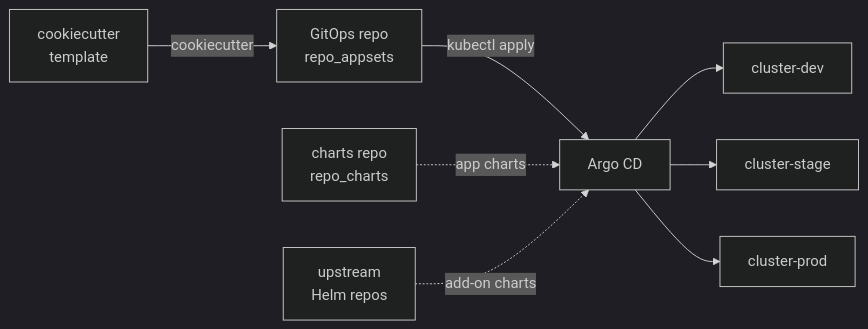
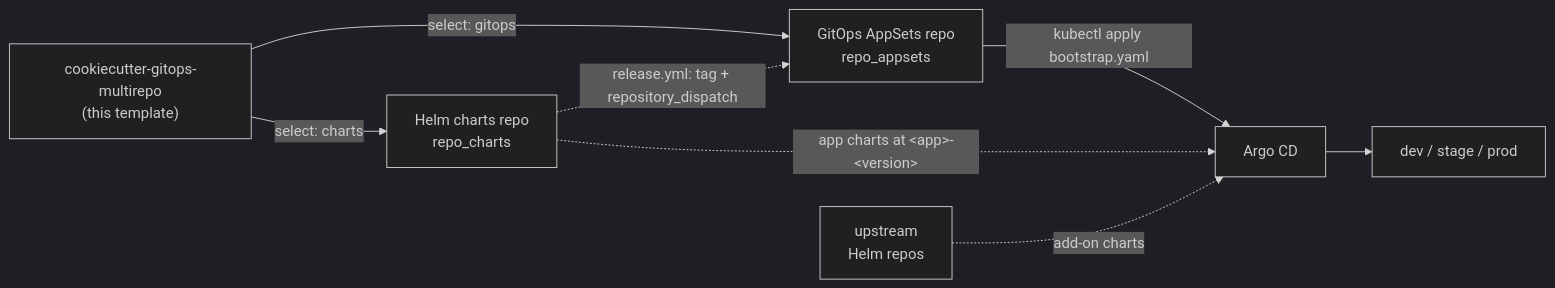
The diagram in README.md (kriipke/coookiecutter-gitops-configs), drawn with Mermaid (dark theme) before and after one commit. The commit also changed other lines of this file and 70 other files, not shown here.

First line of the commit message:
feat: restructure into multi-level cookiecutter with gitops + charts children

````diff
--- a/README.md
+++ b/README.md
@@ -11,19 +12,17 @@
 ```mermaid
 flowchart LR
-  cc["cookiecutter<br/>template"]
-  appsets["GitOps repo<br/>repo_appsets"]
-  charts["charts repo<br/>repo_charts"]
+  cc["cookiecutter-gitops-multirepo<br/>(this template)"]
+  appsets["GitOps AppSets repo<br/>repo_appsets"]
+  charts["Helm charts repo<br/>repo_charts"]
   upstream["upstream<br/>Helm repos"]
   argo["Argo CD"]
-  dev["cluster-dev"]
-  stage["cluster-stage"]
-  prod["cluster-prod"]
+  clusters["dev / stage / prod"]
 
-  cc -->|"cookiecutter"| appsets
-  appsets -->|"kubectl apply"| argo
-  charts -.->|"app charts"| argo
+  cc -->|"select: gitops"| appsets
+  cc -->|"select: charts"| charts
+  appsets -->|"kubectl apply bootstrap.yaml"| argo
+  charts -.->|"app charts at &lt;app&gt;-&lt;version&gt;"| argo
   upstream -.->|"add-on charts"| argo
-  argo --> dev
-  argo --> stage
-  argo --> prod
+  charts -.->|"release.yml: tag + repository_dispatch"| appsets
+  argo --> clusters
 ```
````
